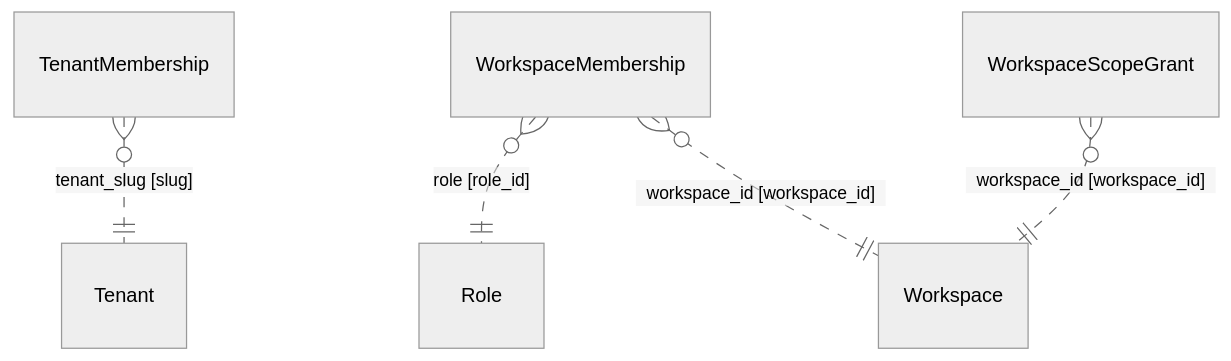
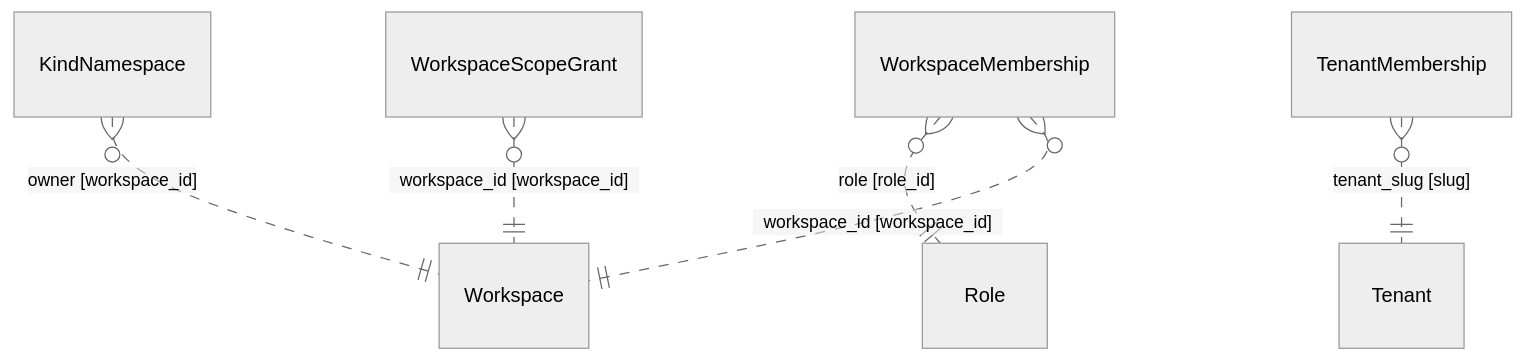
Before and after one commit to ruinosus/dna: the ninth of 11 diagrams in docs/reference/data-model.md, drawn with Mermaid (neutral theme). The commit also changed other lines of this file and 3 other files, not shown here.

````diff
--- a/docs/reference/data-model.md
+++ b/docs/reference/data-model.md
@@ -347,13 +375,15 @@
 ```mermaid
 erDiagram
+    KindNamespace
     Role
     Tenant
     TenantMembership
     Workspace
     WorkspaceMembership
     WorkspaceScopeGrant
+    KindNamespace }o..|| Workspace : "owner [workspace_id]"
     TenantMembership }o..|| Tenant : "tenant_slug [slug]"
     WorkspaceMembership }o..|| Role : "role [role_id]"
     WorkspaceMembership }o..|| Workspace : "workspace_id [workspace_id]"
     WorkspaceScopeGrant }o..|| Workspace : "workspace_id [workspace_id]"
 ```
````
